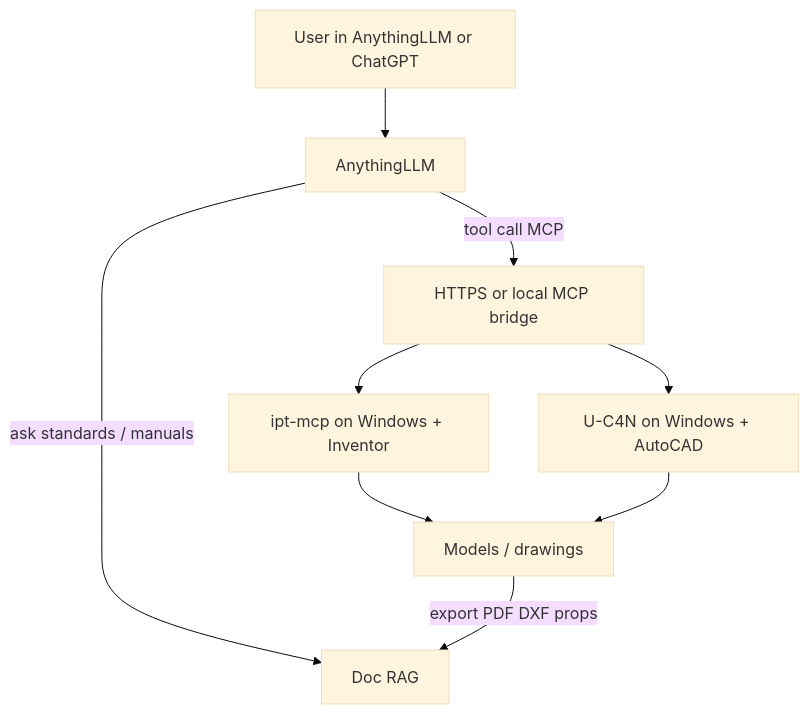
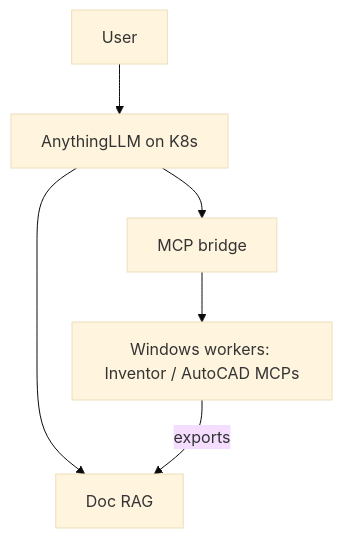
One commit to cameronhumdev/Autodesk-MCP changed the third of 3 diagrams in PLAN.md. Above: the diagram before and after it, drawn with Mermaid (base theme). The commit also changed other lines of this file and 1 other file, not shown here.

First line of the commit message:
Put Kubernetes in the cloud stack; Compose is local-only.

````diff
--- a/PLAN.md
+++ b/PLAN.md
@@ -103,12 +106,8 @@
 ```mermaid
 flowchart TD
-  User[User in AnythingLLM or ChatGPT]
-  User --> ALLM[AnythingLLM]
-  ALLM -->|ask standards / manuals| RAG[Doc RAG]
-  ALLM -->|tool call MCP| Bridge[HTTPS or local MCP bridge]
-  Bridge --> Inv[ipt-mcp on Windows + Inventor]
-  Bridge --> ACad[U-C4N on Windows + AutoCAD]
-  Inv --> CADFiles[Models / drawings]
-  ACad --> CADFiles
-  CADFiles -->|export PDF DXF props| RAG
+  User --> ALLM[AnythingLLM on K8s]
+  ALLM --> RAG[Doc RAG]
+  ALLM --> Bridge[MCP bridge]
+  Bridge --> Win[Windows workers: Inventor / AutoCAD MCPs]
+  Win -->|exports| RAG
 ```
````
